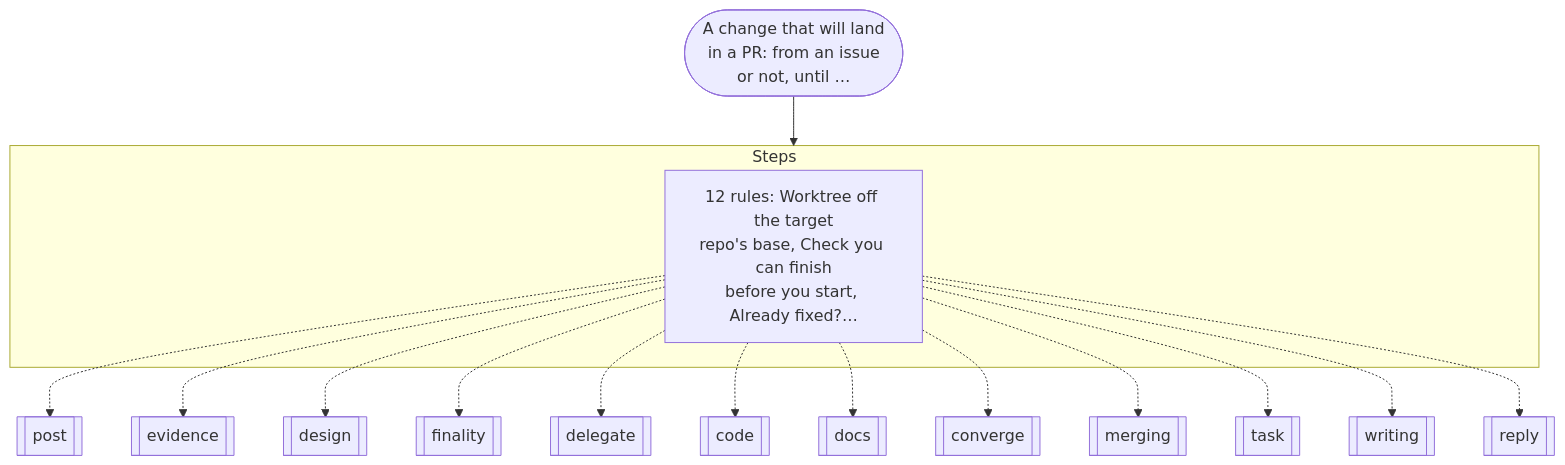
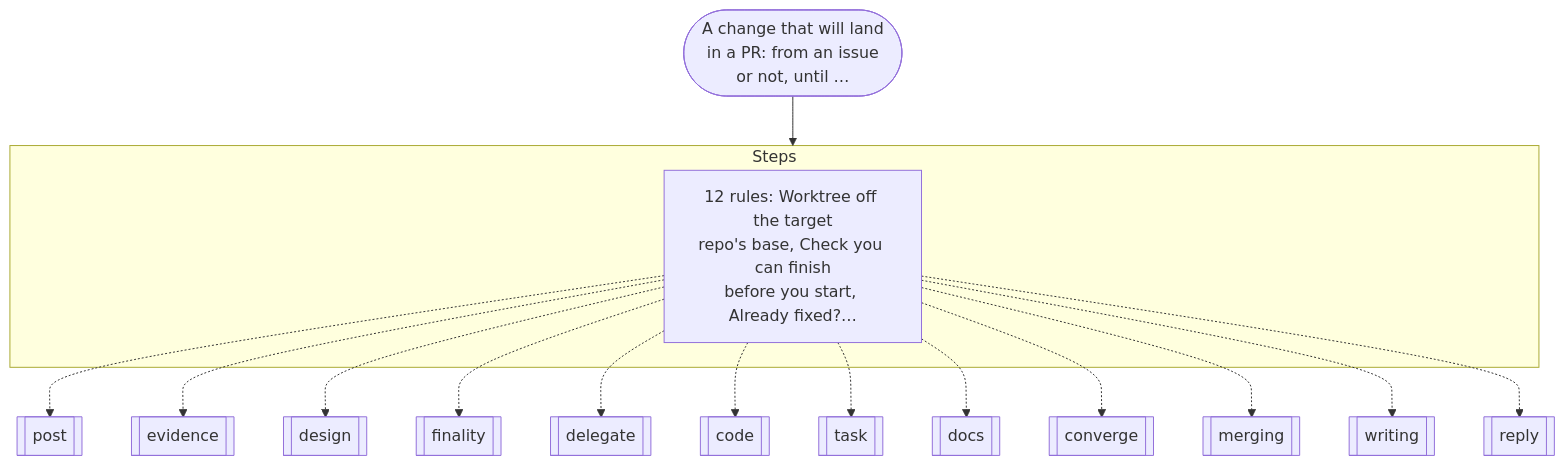
Before and after one commit to nitedani-agent/mergeworthy: the second of 19 diagrams in docs/graphs.md, drawn with Mermaid. The commit also changed other lines of this file and 13 other files, not shown here.

````diff
--- a/docs/graphs.md
+++ b/docs/graphs.md
@@ -52,20 +52,20 @@
 ```mermaid
 flowchart TB
   start(["A change that will land<br/>in a PR: from an issue<br/>or not, until …"])
   subgraph g0["Steps"]
     s0["12 rules: Worktree off the target<br/>repo's base, Check you can finish<br/>before you start, Already fixed?…"]
   end
   s0 -.-> r1[["post"]]
   s0 -.-> r2[["evidence"]]
   s0 -.-> r3[["design"]]
   s0 -.-> r4[["finality"]]
   s0 -.-> r5[["delegate"]]
   s0 -.-> r6[["code"]]
-  s0 -.-> r7[["docs"]]
-  s0 -.-> r8[["converge"]]
-  s0 -.-> r9[["merging"]]
-  s0 -.-> r10[["task"]]
+  s0 -.-> r7[["task"]]
+  s0 -.-> r8[["docs"]]
+  s0 -.-> r9[["converge"]]
+  s0 -.-> r10[["merging"]]
   s0 -.-> r11[["writing"]]
   s0 -.-> r12[["reply"]]
   start --> g0
 ```
````
